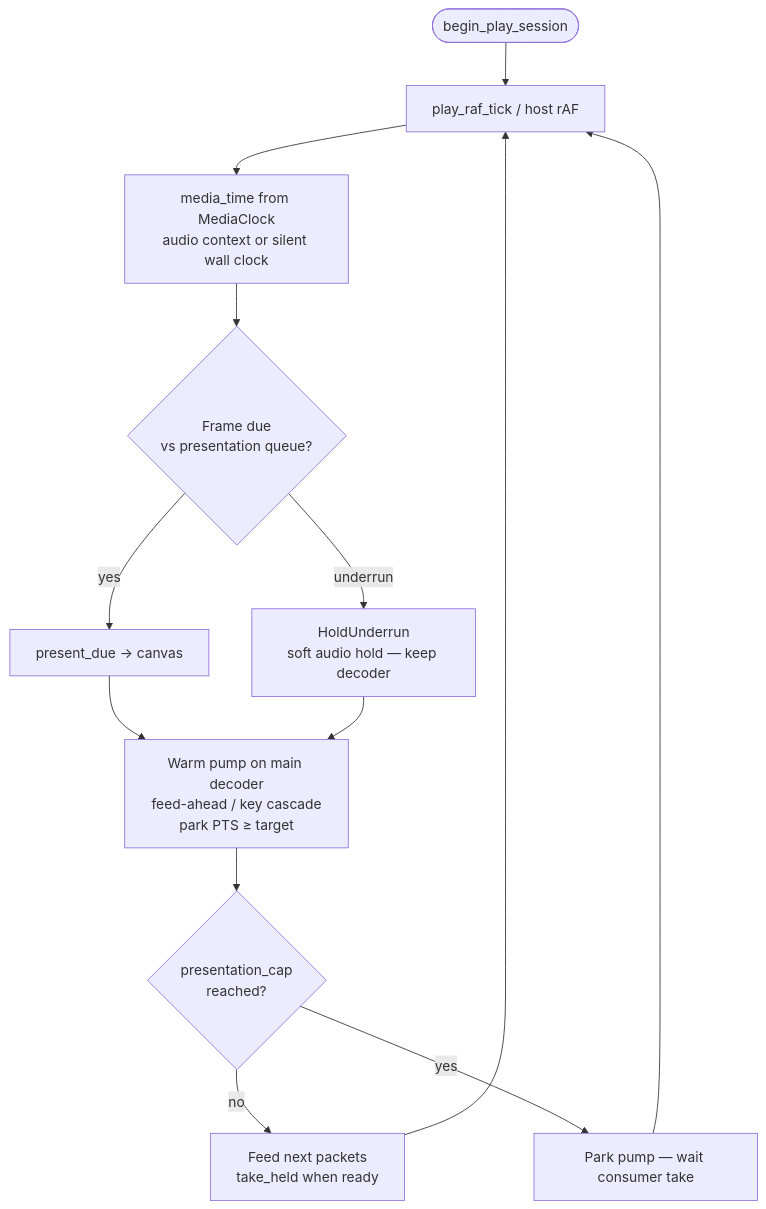
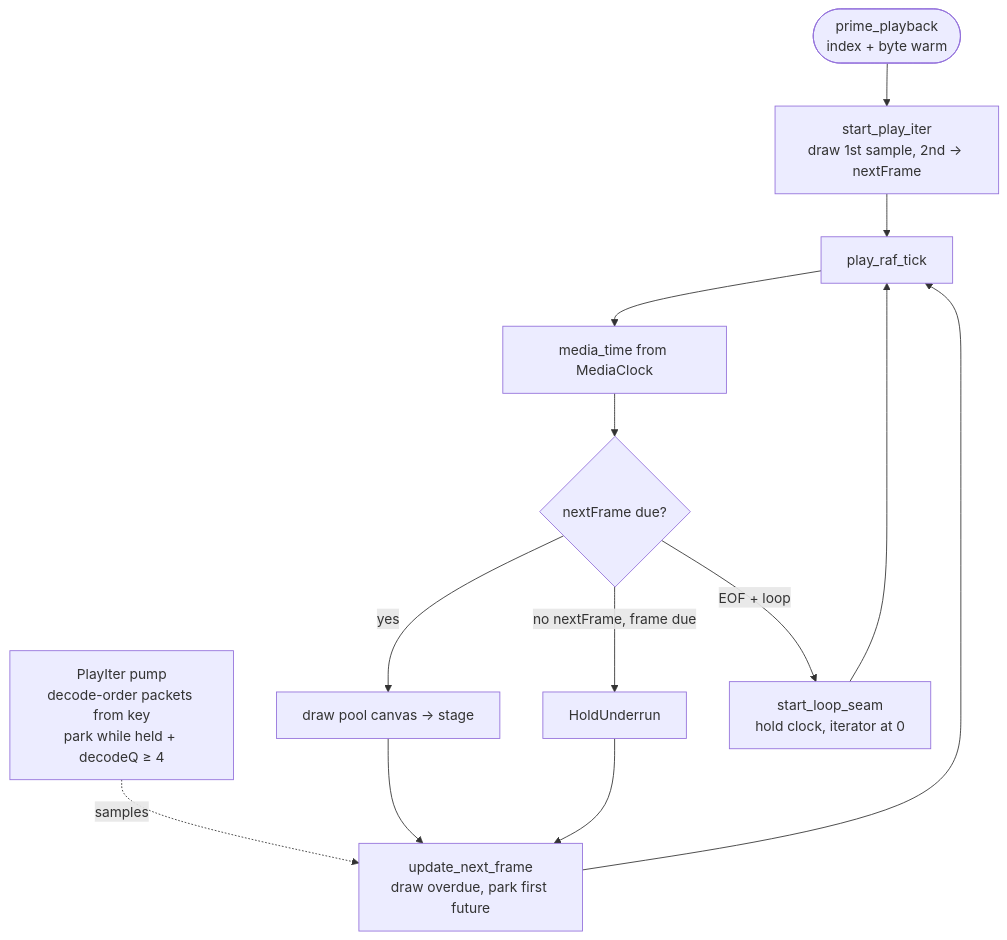
Before and after one commit to alexantoshuk/fpmedia-web: the second of 4 diagrams in .ai/architecture.md, drawn with Mermaid. The commit also changed other lines of this file and 30 other files, not shown here.

First line of the commit message:
fix(play): port mediabunny iterator and BlobSource stream workers

````diff
--- a/.ai/architecture.md
+++ b/.ai/architecture.md
@@ -182,15 +184,15 @@
 ```mermaid
 flowchart TD
-  START(["begin_play_session"]) --> RAF["play_raf_tick / host rAF"]
-  RAF --> MT["media_time from MediaClock<br/>audio context or silent wall clock"]
-  MT --> DUE{"Frame due<br/>vs presentation queue?"}
-  DUE -->|yes| PRESENT["present_due → canvas"]
-  DUE -->|underrun| HOLD["HoldUnderrun<br/>soft audio hold — keep decoder"]
-  PRESENT --> WARM["Warm pump on main decoder<br/>feed-ahead / key cascade<br/>park PTS ≥ target"]
-  HOLD --> WARM
-  WARM --> CAP{"presentation_cap<br/>reached?"}
-  CAP -->|no| FEED["Feed next packets<br/>take_held when ready"]
-  CAP -->|yes| PARK["Park pump — wait consumer take"]
-  FEED --> RAF
-  PARK --> RAF
+  PRIME(["prime_playback<br/>index + byte warm"]) --> START["start_play_iter<br/>draw 1st sample, 2nd → nextFrame"]
+  START --> RAF["play_raf_tick"]
+  PUMP["PlayIter pump<br/>decode-order packets from key<br/>park while held + decodeQ ≥ 4"] -.->|samples| NEXT
+  RAF --> MT["media_time from MediaClock"]
+  MT --> DUE{"nextFrame due?"}
+  DUE -->|yes| DRAW["draw pool canvas → stage"]
+  DUE -->|"no nextFrame, frame due"| HOLD["HoldUnderrun"]
+  DRAW --> NEXT["update_next_frame<br/>draw overdue, park first future"]
+  HOLD --> NEXT
+  NEXT --> RAF
+  DUE -->|"EOF + loop"| LOOP["start_loop_seam<br/>hold clock, iterator at 0"]
+  LOOP --> RAF
 ```
````
